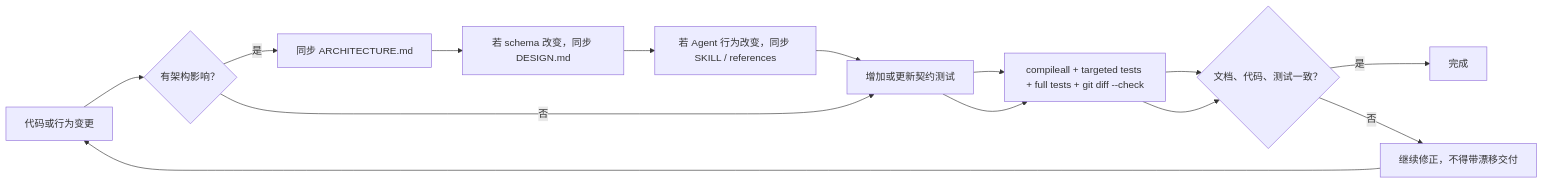
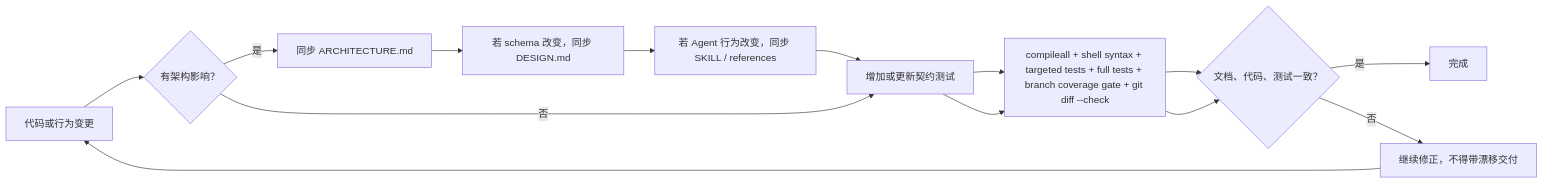
Diagram 18 of 18 in ARCHITECTURE.md (ranjiao/byteworker), drawn with Mermaid before and after one commit. The commit also changed other lines of this file and 14 other files, not shown here.

Commit message:
test: expand behavioral coverage and add CI gate

````diff
--- a/ARCHITECTURE.md
+++ b/ARCHITECTURE.md
@@ -789,19 +789,19 @@
 ```mermaid
 flowchart LR
     C["代码或行为变更"]
     I{"有架构影响？"}
     A["同步 ARCHITECTURE.md"]
     D["若 schema 改变，同步 DESIGN.md"]
     S["若 Agent 行为改变，同步 SKILL / references"]
     T["增加或更新契约测试"]
-    V["compileall + targeted tests + full tests + git diff --check"]
+    V["compileall + shell syntax + targeted tests + full tests + branch coverage gate + git diff --check"]
     M{"文档、代码、测试一致？"}
     F["完成"]
     B["继续修正，不得带漂移交付"]
 
     C --> I
     I -->|"是"| A --> D --> S --> T --> V --> M
     I -->|"否"| T --> V --> M
     M -->|"是"| F
     M -->|"否"| B --> C
 ```
````
